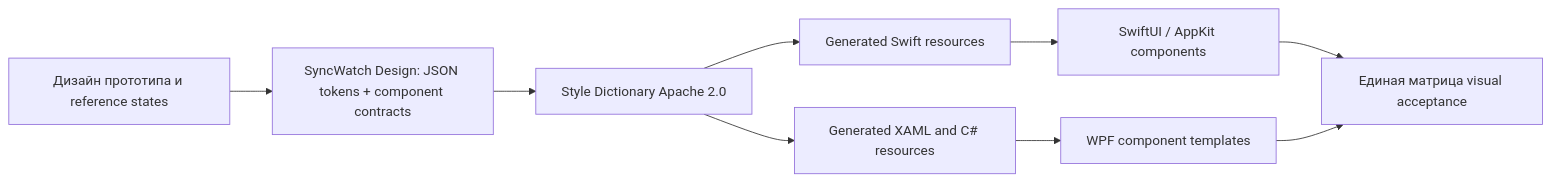
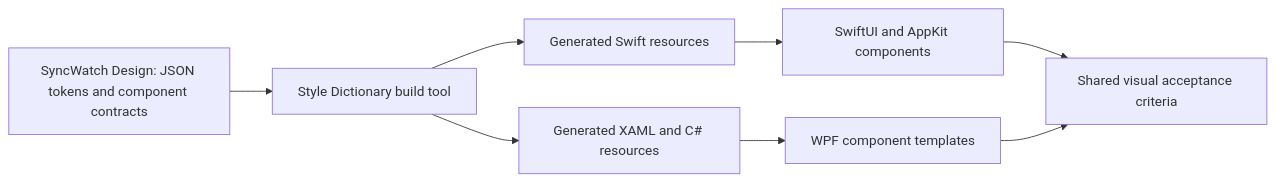
Before and after one commit to allnes/syncwatch-2: the diagram in docs/architecture/design-system.md, drawn with Mermaid. The commit also changed other lines of this file and 16 other files, not shown here.

````diff
--- a/docs/architecture/design-system.md
+++ b/docs/architecture/design-system.md
@@ -7,11 +5,10 @@
 ```mermaid
 flowchart LR
-    P[Дизайн прототипа и reference states] --> D[SyncWatch Design: JSON tokens + component contracts]
-    D --> S[Style Dictionary Apache 2.0]
+    D[SyncWatch Design: JSON tokens and component contracts] --> S[Style Dictionary build tool]
     S --> A[Generated Swift resources]
     S --> W[Generated XAML and C# resources]
-    A --> N[SwiftUI / AppKit components]
+    A --> N[SwiftUI and AppKit components]
     W --> C[WPF component templates]
-    N --> V[Единая матрица visual acceptance]
+    N --> V[Shared visual acceptance criteria]
     C --> V
 ```
````
